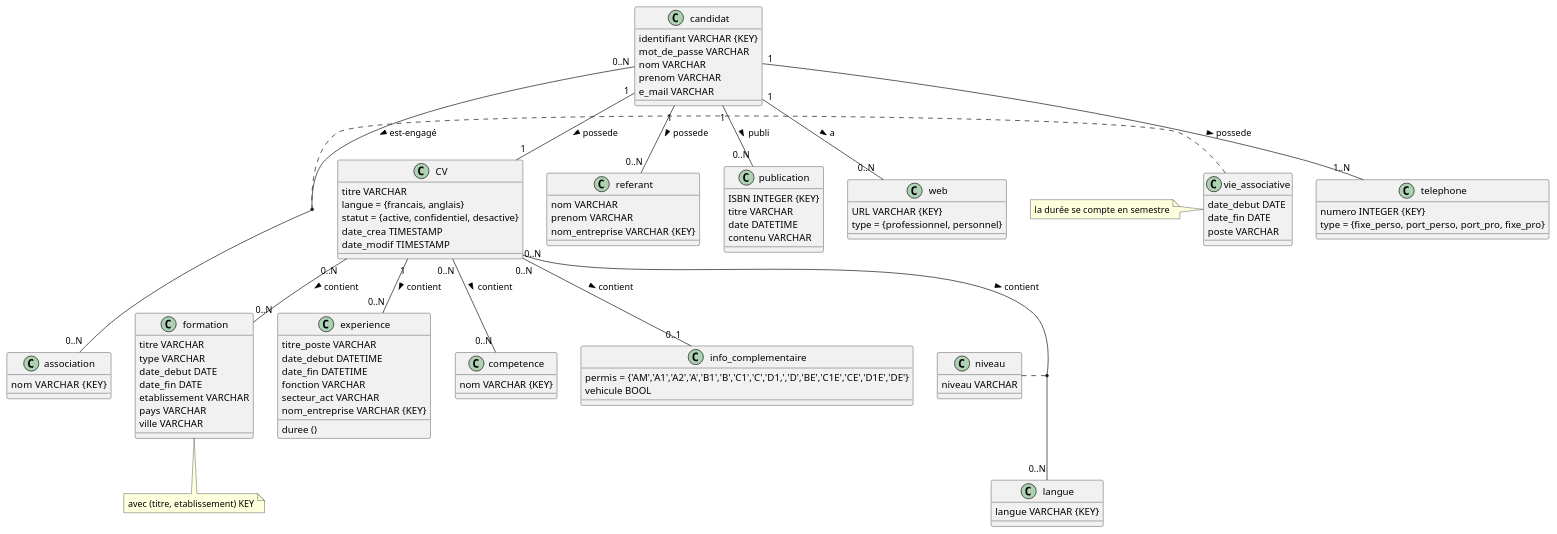
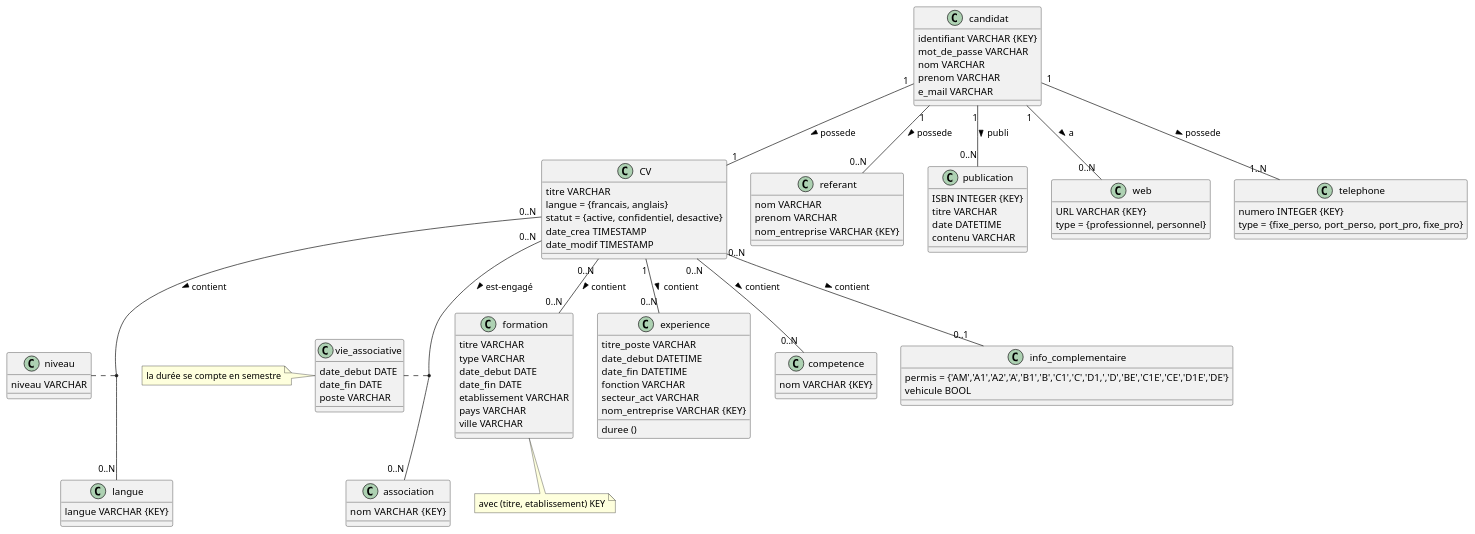
The diagram in UML.plantUML (louisepght/database_CVtheque), drawn with PlantUML before and after one commit.

Commit message:
Update UML.plantUML modification association candidat - association pour CV - candidat

```diff
--- a/UML.plantUML
+++ b/UML.plantUML
@@ -1,122 +1,122 @@
 @startuml
 
 CV "0..N" -- "0..N" formation : contient >
 
 CV "1" -- "0..N" experience : contient >
 
 CV "0..N" -- "0..N" competence : contient >
 
 CV "0..N" -- "0..N" langue : contient >
 
 CV "0..N" -- "0..1" info_complementaire : contient >
 
 candidat "1" -- "1" CV : possede >
 
 candidat "1"-- "0..N" referant : possede >
 
 candidat "1" -- "0..N" publication : publi >
 
 candidat "1" -- "0..N" web : a > 
 
 candidat "1" -- "1..N" telephone : possede >
 
-candidat "0..N" -- "0..N" association : est-engagé >
+CV "0..N" -- "0..N" association : est-engagé >
 
 niveau .. (CV, langue)
 
-vie_associative .. (association, candidat)
+vie_associative .. (association, CV)
 
 note left of vie_associative : la durée se compte en semestre
 
 class vie_associative{
     date_debut DATE
     date_fin DATE
     poste VARCHAR
 }
 
 class niveau {
     niveau VARCHAR
 }
 
 class CV {
   titre VARCHAR 
   langue = {francais, anglais}
   statut = {active, confidentiel, desactive}
   date_crea TIMESTAMP
   date_modif TIMESTAMP
 }
 
 class formation { 
   titre VARCHAR 
   type VARCHAR 
   date_debut DATE
   date_fin DATE
   etablissement VARCHAR 
   pays VARCHAR
   ville VARCHAR
 }
 
 class formation
 note bottom: avec (titre, etablissement) KEY
 
 class experience{
     titre_poste VARCHAR 
     date_debut DATETIME 
     date_fin DATETIME 
     fonction VARCHAR 
     secteur_act VARCHAR 
     nom_entreprise VARCHAR {KEY} 
     duree ()
 }
 
 class competence{
     nom VARCHAR {KEY}
 }
 
 class langue{
     langue VARCHAR {KEY}
 }
 
 class info_complementaire{
     permis = {'AM','A1','A2','A','B1','B','C1','C','D1,','D','BE','C1E','CE','D1E','DE'}
     vehicule BOOL
 }
 
 class candidat{
     identifiant VARCHAR {KEY}
     mot_de_passe VARCHAR 
     nom VARCHAR
     prenom VARCHAR
     e_mail VARCHAR
 }
 
 class referant{
     nom VARCHAR
     prenom VARCHAR
     nom_entreprise VARCHAR {KEY}
 }
 
 class publication{
     ISBN INTEGER {KEY}
     titre VARCHAR 
     date DATETIME 
     contenu VARCHAR 
 }
 
 class web {
     URL VARCHAR {KEY}
     type = {professionnel, personnel}
 }
 
 class telephone {
     numero INTEGER {KEY}
     type = {fixe_perso, port_perso, port_pro, fixe_pro}
 }
 
 class association{
     nom VARCHAR  {KEY}
 }
 
 
 
 @enduml
```
